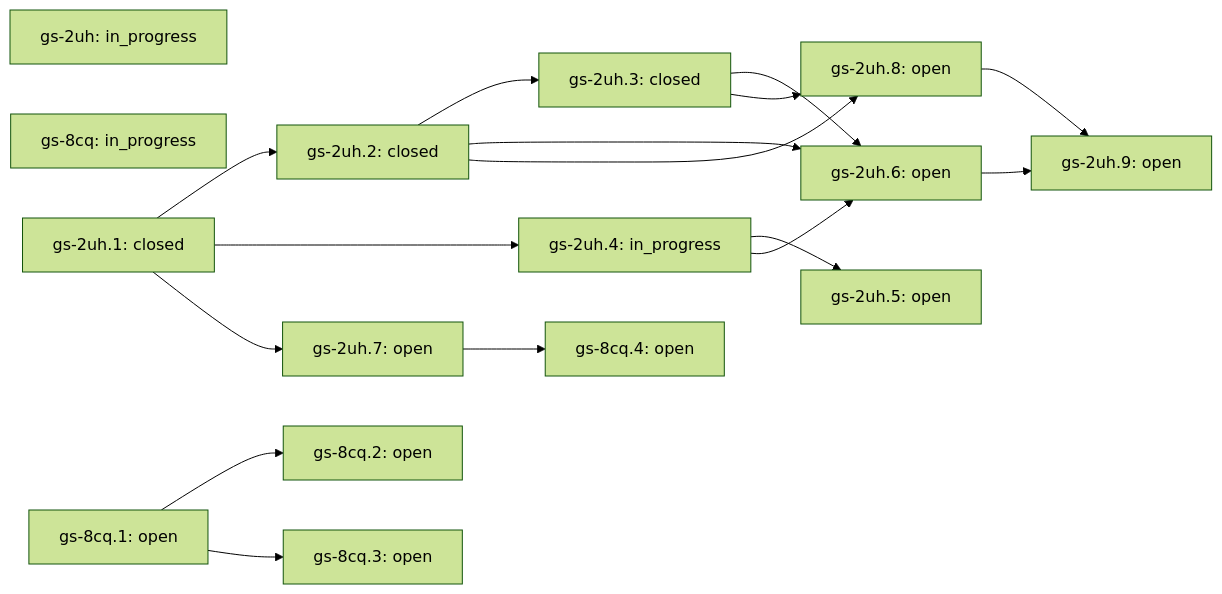
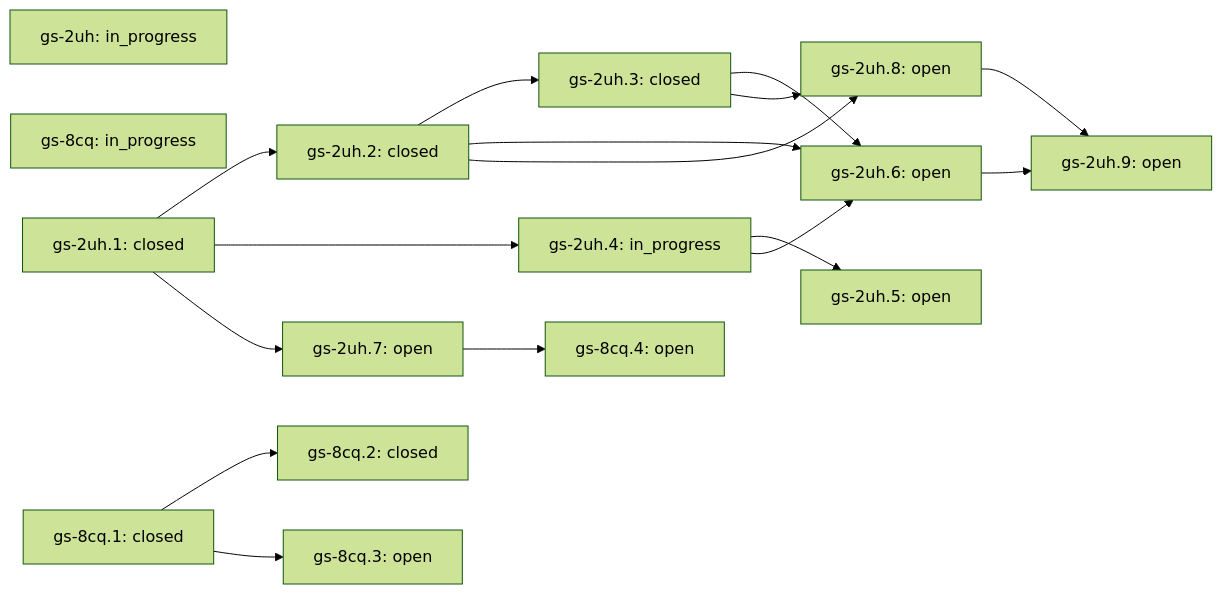
Before and after one commit to lifeofgurpreet/G-Skills: the diagram in docs/skills/vps-health/ROADMAP.md, drawn with Mermaid (forest theme). The commit also changed other lines of this file and 4 other files, not shown here.

````diff
--- a/docs/skills/vps-health/ROADMAP.md
+++ b/docs/skills/vps-health/ROADMAP.md
@@ -25,33 +25,33 @@
 ```mermaid
 flowchart LR
   gs_2uh["gs-2uh: in_progress"]
   gs_8cq["gs-8cq: in_progress"]
   gs_2uh_1["gs-2uh.1: closed"]
   gs_2uh_2["gs-2uh.2: closed"]
   gs_2uh_1 --> gs_2uh_2
   gs_2uh_3["gs-2uh.3: closed"]
   gs_2uh_2 --> gs_2uh_3
   gs_2uh_4["gs-2uh.4: in_progress"]
   gs_2uh_1 --> gs_2uh_4
   gs_2uh_5["gs-2uh.5: open"]
   gs_2uh_4 --> gs_2uh_5
   gs_2uh_6["gs-2uh.6: open"]
   gs_2uh_2 --> gs_2uh_6
   gs_2uh_3 --> gs_2uh_6
   gs_2uh_4 --> gs_2uh_6
   gs_2uh_8["gs-2uh.8: open"]
   gs_2uh_2 --> gs_2uh_8
   gs_2uh_3 --> gs_2uh_8
-  gs_8cq_1["gs-8cq.1: open"]
-  gs_8cq_2["gs-8cq.2: open"]
+  gs_8cq_1["gs-8cq.1: closed"]
+  gs_8cq_2["gs-8cq.2: closed"]
   gs_8cq_1 --> gs_8cq_2
   gs_2uh_7["gs-2uh.7: open"]
   gs_2uh_1 --> gs_2uh_7
   gs_2uh_9["gs-2uh.9: open"]
   gs_2uh_6 --> gs_2uh_9
   gs_2uh_8 --> gs_2uh_9
   gs_8cq_3["gs-8cq.3: open"]
   gs_8cq_1 --> gs_8cq_3
   gs_8cq_4["gs-8cq.4: open"]
   gs_2uh_7 --> gs_8cq_4
 ```
````
